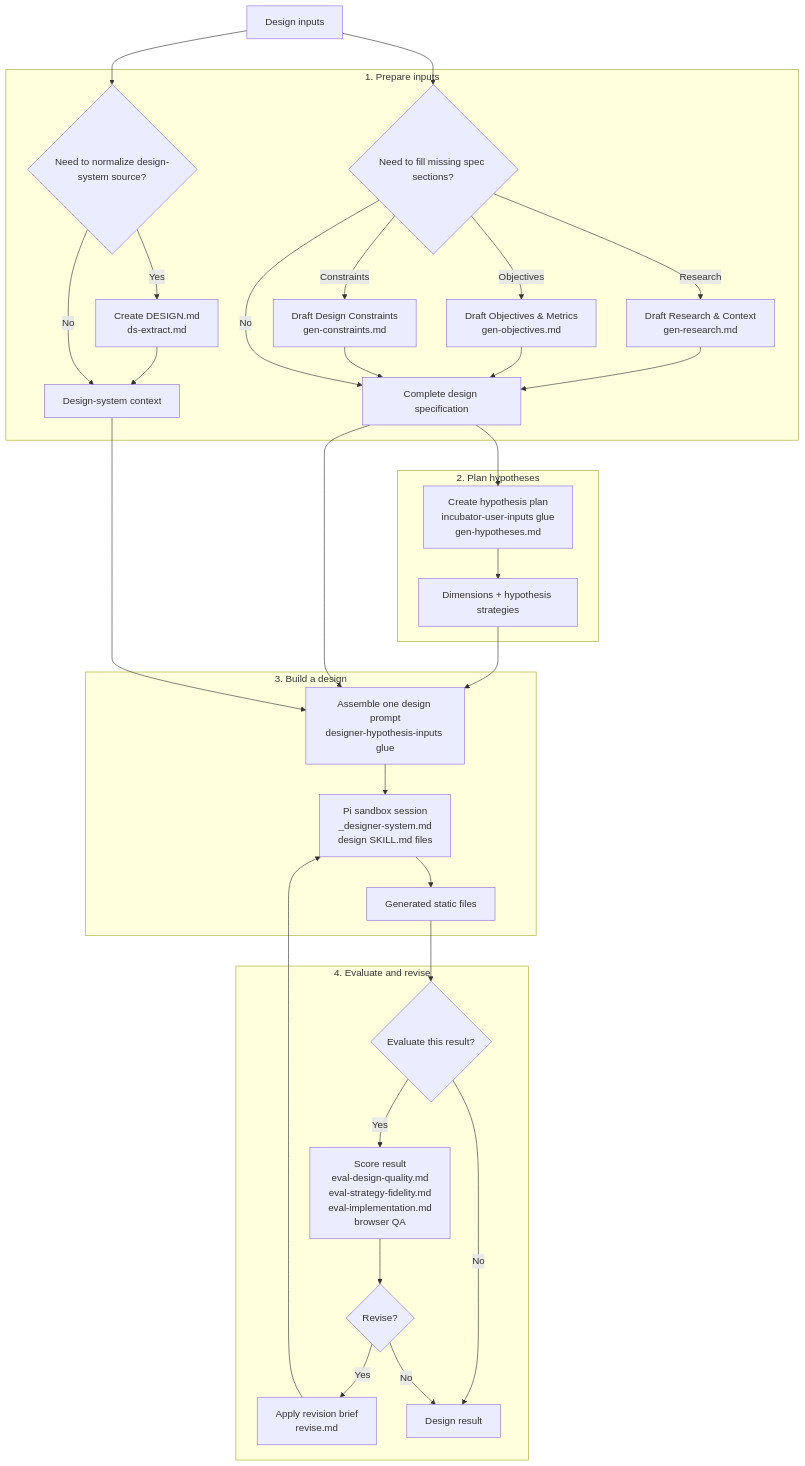
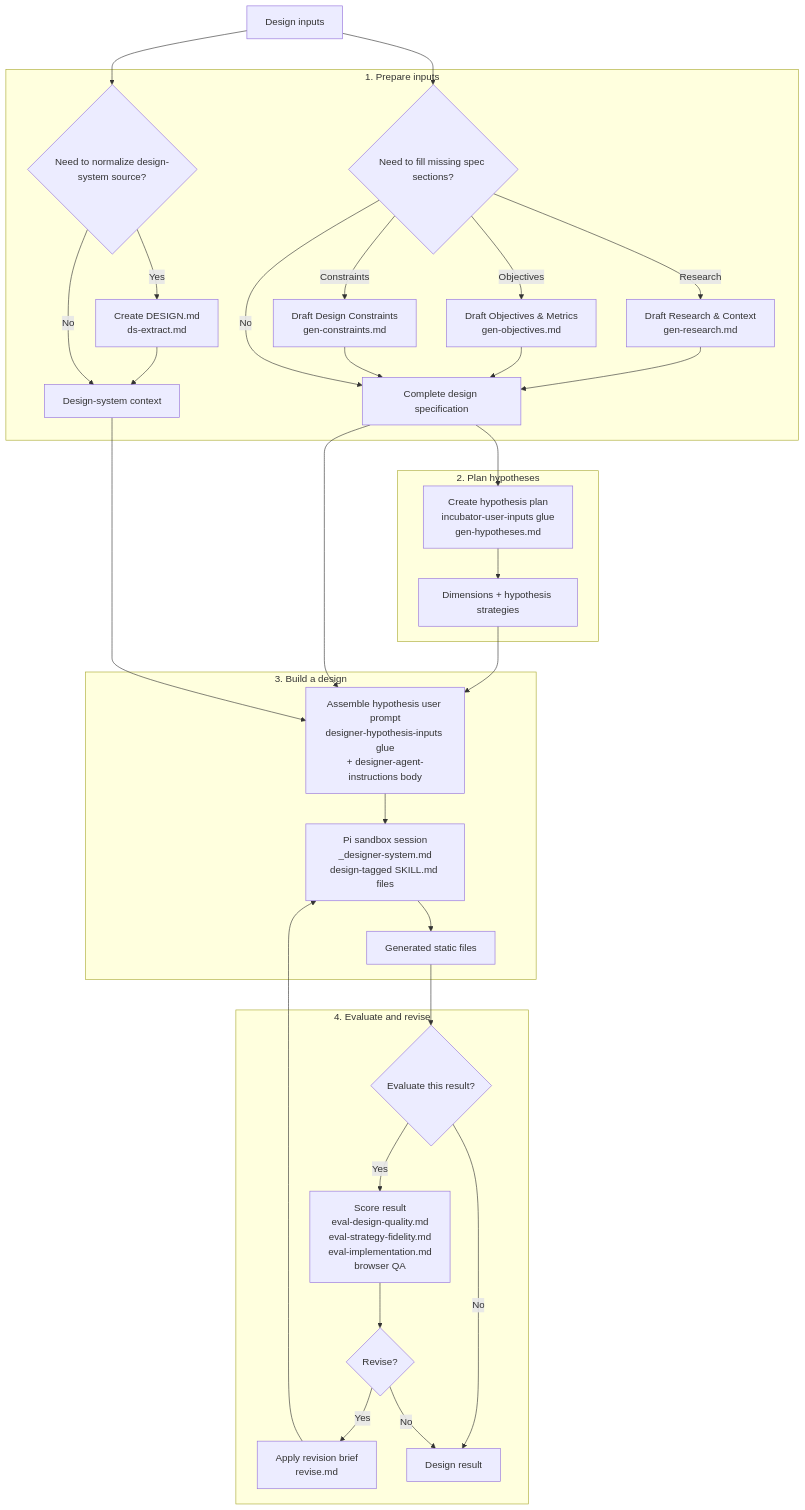
The diagram in RUNTIME_FLOW.md (wolfyy970/auto-designer), drawn with Mermaid before and after one commit. The commit also changed other lines of this file and 22 other files, not shown here.

First line of the commit message:
feat(hypothesis): inline design-agent instructions and MVP-focused incubation

````diff
--- a/RUNTIME_FLOW.md
+++ b/RUNTIME_FLOW.md
@@ -14,65 +14,65 @@
 ```mermaid
 flowchart TD
   Inputs["Design inputs"]
 
   subgraph Prep["1. Prepare inputs"]
     FillSpec{"Need to fill missing spec sections?"}
     Research["Draft Research & Context<br/>gen-research.md"]
     Objectives["Draft Objectives & Metrics<br/>gen-objectives.md"]
     Constraints["Draft Design Constraints<br/>gen-constraints.md"]
     Spec["Complete design specification"]
     NormalizeDs{"Need to normalize design-system source?"}
     ExtractDs["Create DESIGN.md<br/>ds-extract.md"]
     DesignSystem["Design-system context"]
   end
 
   subgraph PlanStage["2. Plan hypotheses"]
     Incubate["Create hypothesis plan<br/>incubator-user-inputs glue<br/>gen-hypotheses.md"]
     Plan["Dimensions + hypothesis strategies"]
   end
 
   subgraph BuildStage["3. Build a design"]
-    DesignPrompt["Assemble one design prompt<br/>designer-hypothesis-inputs glue"]
-    Session["Pi sandbox session<br/>_designer-system.md<br/>design SKILL.md files"]
+    DesignPrompt["Assemble hypothesis user prompt<br/>designer-hypothesis-inputs glue<br/>+ designer-agent-instructions body"]
+    Session["Pi sandbox session<br/>_designer-system.md<br/>design-tagged SKILL.md files"]
     Files["Generated static files"]
   end
 
   subgraph EvalStage["4. Evaluate and revise"]
     Evaluate{"Evaluate this result?"}
     Score["Score result<br/>eval-design-quality.md<br/>eval-strategy-fidelity.md<br/>eval-implementation.md<br/>browser QA"]
     Revise{"Revise?"}
     Revision["Apply revision brief<br/>revise.md"]
     Done["Design result"]
   end
 
   Inputs --> FillSpec
   FillSpec -- "Research" --> Research
   FillSpec -- "Objectives" --> Objectives
   FillSpec -- "Constraints" --> Constraints
   Research --> Spec
   Objectives --> Spec
   Constraints --> Spec
   FillSpec -- "No" --> Spec
 
   Inputs --> NormalizeDs
   NormalizeDs -- "Yes" --> ExtractDs
   ExtractDs --> DesignSystem
   NormalizeDs -- "No" --> DesignSystem
 
   Spec --> Incubate
   Incubate --> Plan
 
   Plan --> DesignPrompt
   Spec --> DesignPrompt
   DesignSystem --> DesignPrompt
   DesignPrompt --> Session
   Session --> Files
 
   Files --> Evaluate
   Evaluate -- "No" --> Done
   Evaluate -- "Yes" --> Score
   Score --> Revise
   Revise -- "Yes" --> Revision
   Revision --> Session
   Revise -- "No" --> Done
 ```
````
